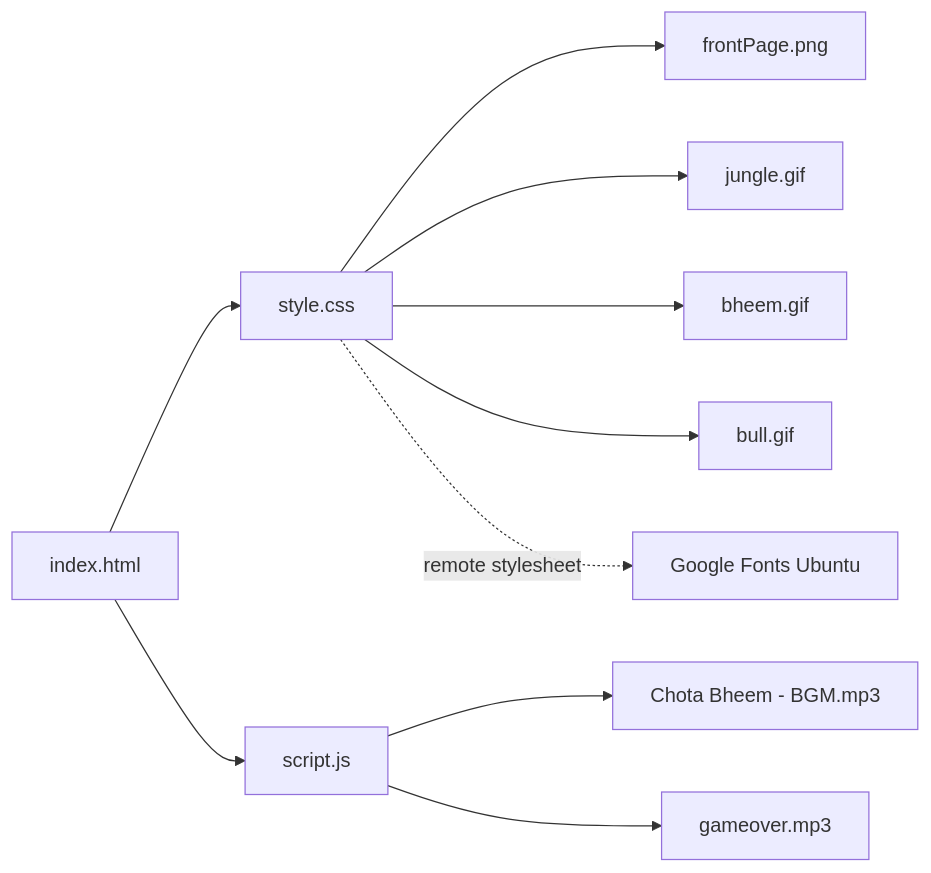
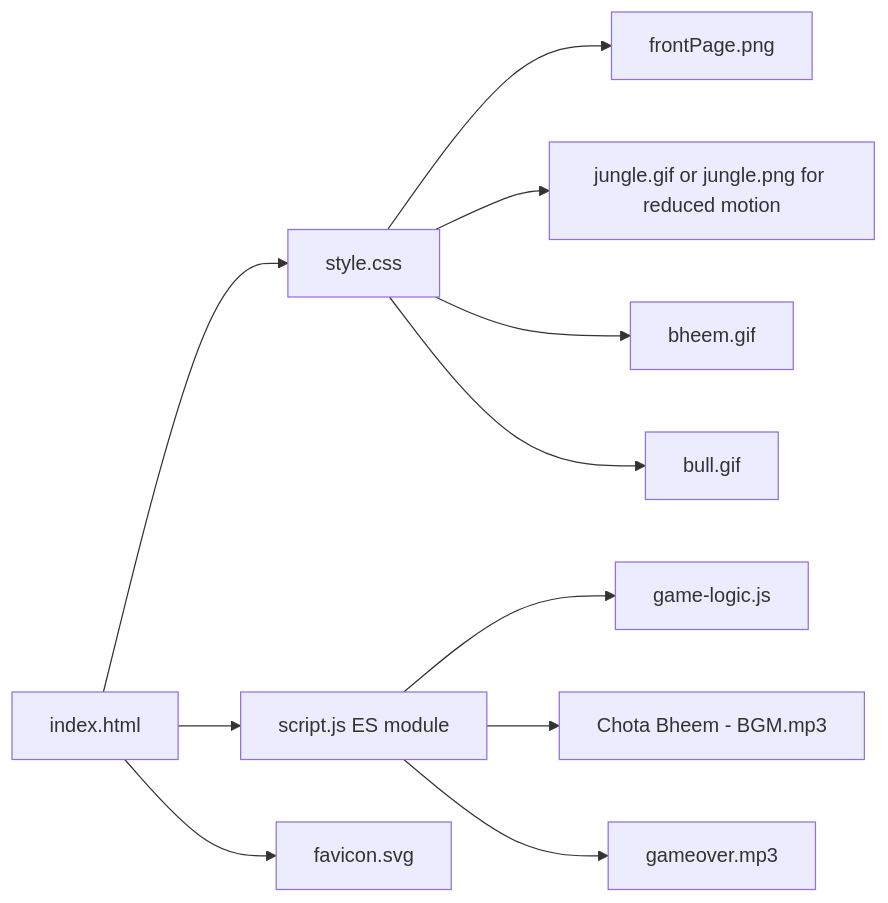
The diagram in docs/diagrams/asset-loading.mmd (Brajesh31/Chota-Bheem-Adventure-game), drawn with Mermaid before and after one commit.

Commit message:
docs: refresh docs/diagrams/asset-loading.mmd

```diff
--- a/docs/diagrams/asset-loading.mmd
+++ b/docs/diagrams/asset-loading.mmd
@@ -1,10 +1,11 @@
 flowchart LR
   HTML[index.html] --> CSS[style.css]
-  HTML --> JS[script.js]
+  HTML --> JS[script.js ES module]
+  JS --> Logic[game-logic.js]
   CSS --> Front[frontPage.png]
-  CSS --> Jungle[jungle.gif]
+  CSS --> Jungle[jungle.gif or jungle.png for reduced motion]
   CSS --> Player[bheem.gif]
   CSS --> Bull[bull.gif]
   JS --> BGM[Chota Bheem - BGM.mp3]
   JS --> Over[gameover.mp3]
-  CSS -. remote stylesheet .-> Font[Google Fonts Ubuntu]
+  HTML --> Icon[favicon.svg]
```
